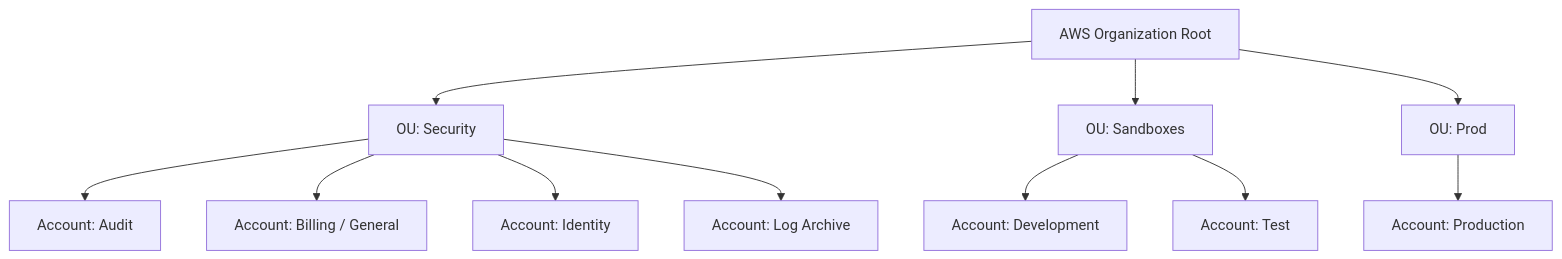
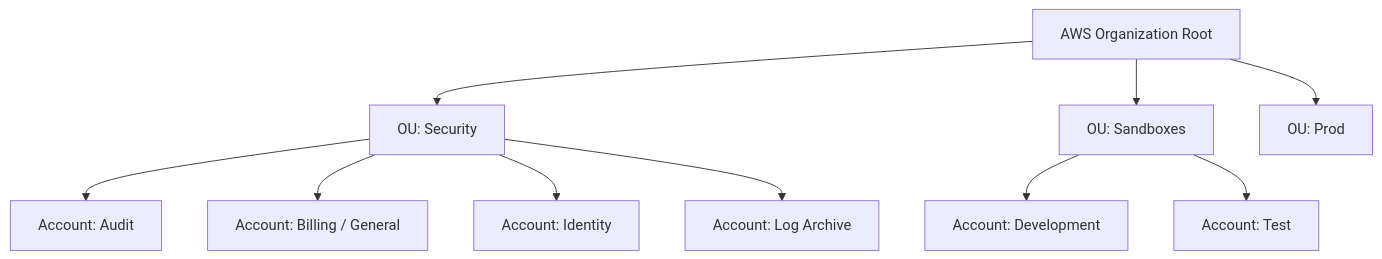
The diagram in README.md (poc-playground/setup-aws-organization), drawn with Mermaid before and after one commit. The commit also changed other lines of this file, not shown here.

`````diff
--- a/README.md
+++ b/README.md
@@ -138,20 +127,17 @@
 ```mermaid
 graph TD
   OrgRoot["AWS Organization Root"]
 
   OrgRoot --> Security["OU: Security"]
   OrgRoot --> Sandboxes["OU: Sandboxes"]
   OrgRoot --> Prod["OU: Prod"]
 
   Security --> Audit["Account: Audit"]
   Security --> Billing["Account: Billing / General"]
   Security --> Identity["Account: Identity"]
   Security --> LogArchive["Account: Log Archive"]
 
   Sandboxes --> Development["Account: Development"]
   Sandboxes --> Test["Account: Test"]
 
-  Prod --> Production["Account: Production"]
-
-
-```
+````
`````
